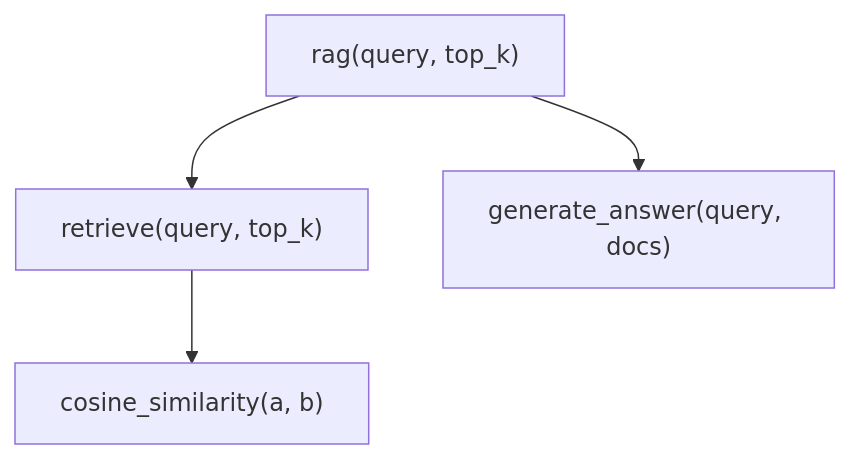
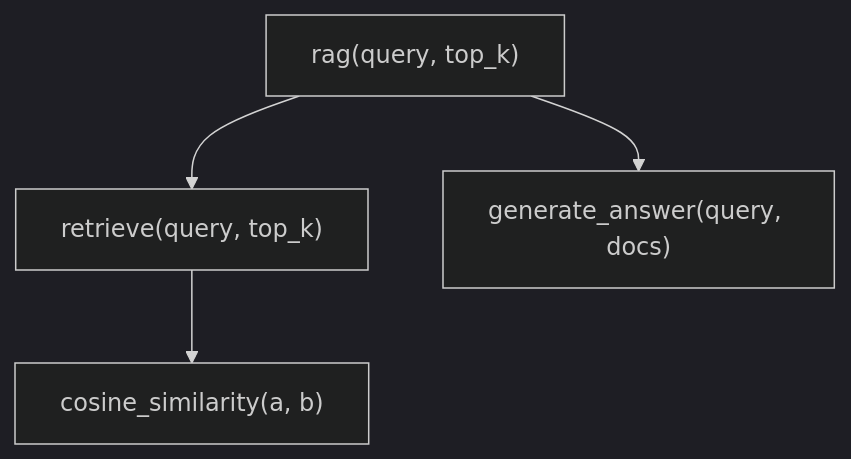
The fifth of 5 diagrams in README.md (z4l1nux/naive-rag), drawn with Mermaid before and after one commit. The commit also changed other lines of this file, not shown here.

Commit message:
fix: change mermaid

````diff
--- a/README.md
+++ b/README.md
@@ -350,8 +359,9 @@
 ```mermaid
+%%{init: {'theme': 'dark'}}%%
 graph TD
     rag["rag(query, top_k)"] --> retrieve
     rag --> generate_answer
     retrieve["retrieve(query, top_k)"] --> cosine_similarity
     cosine_similarity["cosine_similarity(a, b)"]
     generate_answer["generate_answer(query, docs)"]
 ```
````
